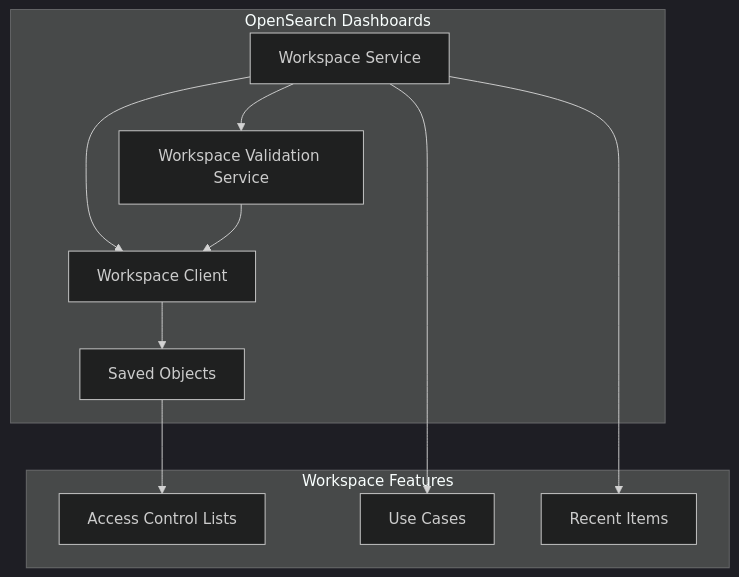
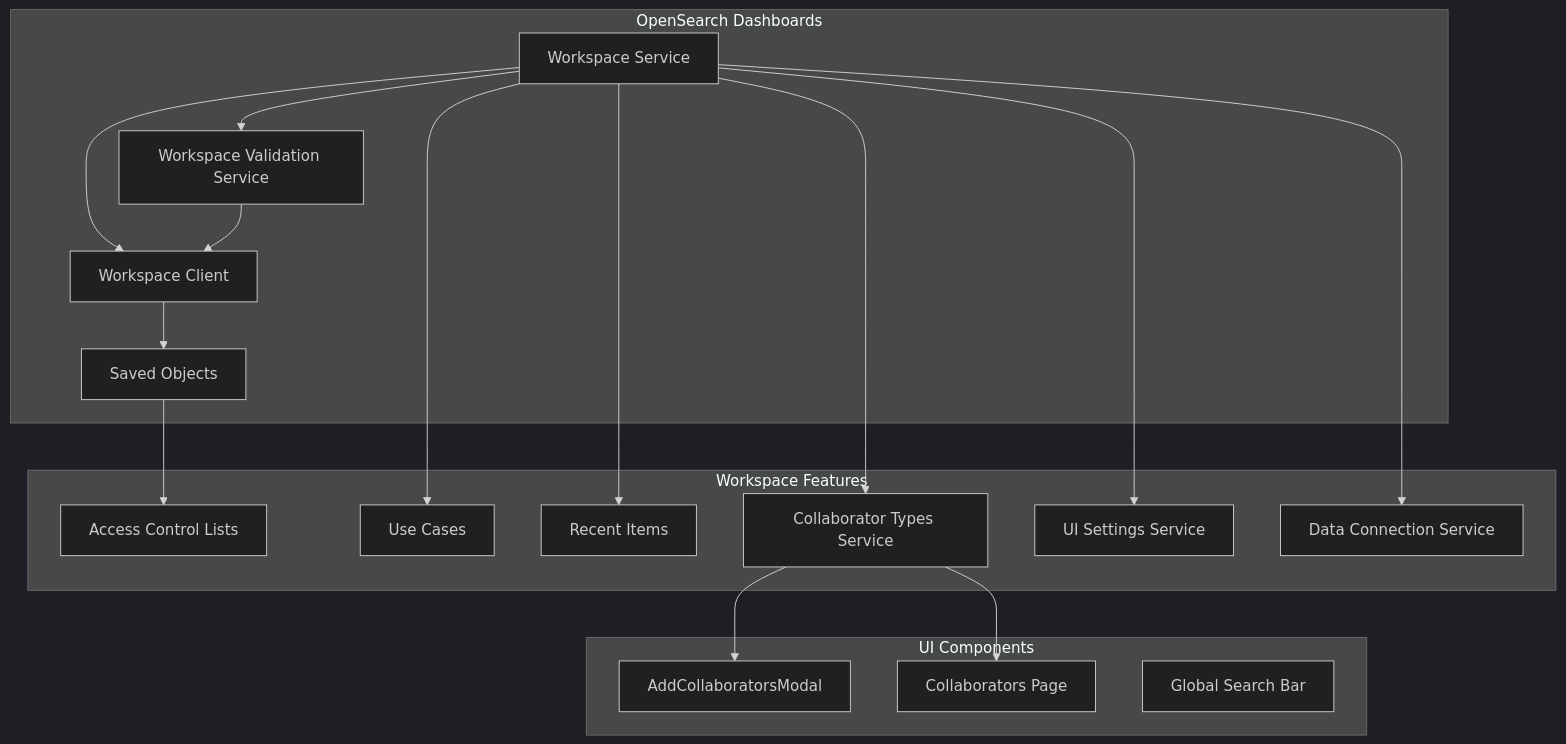
Before and after one commit to tkykenmt/opensearch-feature-explorer: the first of 2 diagrams in docs/features/opensearch-dashboards/workspace.md, drawn with Mermaid (dark theme). The commit also changed other lines of this file and 2 other files, not shown here.

````diff
--- a/docs/features/opensearch-dashboards/workspace.md
+++ b/docs/features/opensearch-dashboards/workspace.md
@@ -11,23 +11,37 @@
 ```mermaid
 graph TB
     subgraph "OpenSearch Dashboards"
         WS[Workspace Service]
         WC[Workspace Client]
         WV[Workspace Validation Service]
         SO[Saved Objects]
     end
     
     subgraph "Workspace Features"
         ACL[Access Control Lists]
         UC[Use Cases]
         RI[Recent Items]
+        CT[Collaborator Types Service]
+        UI[UI Settings Service]
+        DC[Data Connection Service]
+    end
+    
+    subgraph "UI Components"
+        CM[AddCollaboratorsModal]
+        CP[Collaborators Page]
+        GS[Global Search Bar]
     end
     
     WS --> WC
     WS --> WV
     WC --> SO
     WV --> WC
     SO --> ACL
     WS --> UC
     WS --> RI
+    WS --> CT
+    WS --> UI
+    WS --> DC
+    CT --> CM
+    CT --> CP
 ```
````
